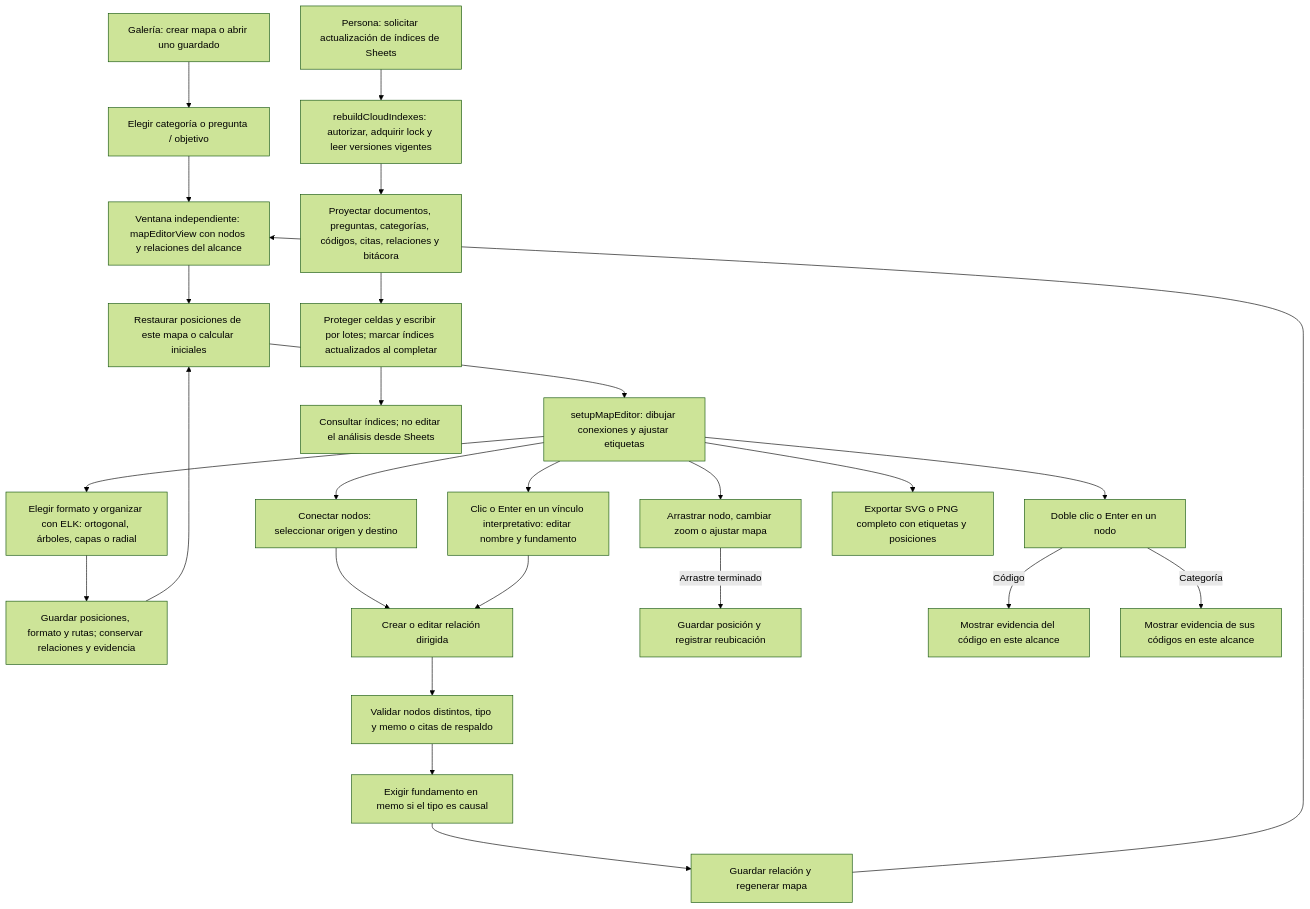
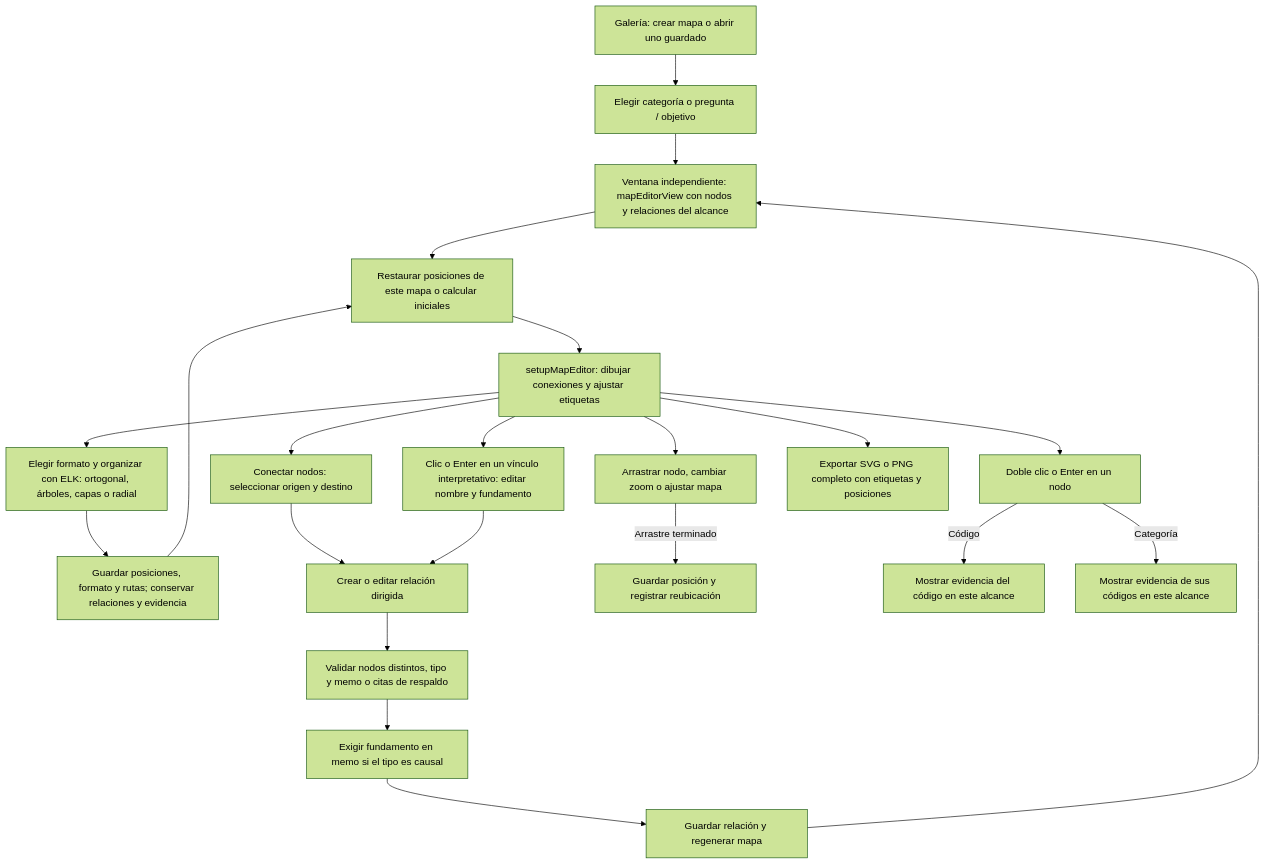
One commit to estebancofre-coy/trama-cualitativa changed the fifth of 7 diagrams in README.md. Above: the diagram before and after it, drawn with Mermaid (forest theme). The commit also changed other lines of this file and 15 other files, not shown here.

````diff
--- a/README.md
+++ b/README.md
@@ -349,28 +315,24 @@
 ```mermaid
 flowchart TD
 	A["Galería: crear mapa o abrir uno guardado"] --> SCOPE["Elegir categoría o pregunta / objetivo"]
 	SCOPE --> B["Ventana independiente: mapEditorView con nodos y relaciones del alcance"]
 	B --> C["Restaurar posiciones de este mapa o calcular iniciales"]
 	C --> D["setupMapEditor: dibujar conexiones y ajustar etiquetas"]
 	D --> E["Arrastrar nodo, cambiar zoom o ajustar mapa"]
 	D --> ELK["Elegir formato y organizar con ELK: ortogonal, árboles, capas o radial"]
 	ELK --> SAVE["Guardar posiciones, formato y rutas; conservar relaciones y evidencia"]
 	SAVE --> C
 	D --> CONNECT["Conectar nodos: seleccionar origen y destino"]
 	CONNECT --> J
 	D --> EDIT["Clic o Enter en un vínculo interpretativo: editar nombre y fundamento"]
 	EDIT --> J
 	E -->|Arrastre terminado| F["Guardar posición y registrar reubicación"]
 	D --> G["Doble clic o Enter en un nodo"]
 	G -->|Código| H["Mostrar evidencia del código en este alcance"]
 	G -->|Categoría| I["Mostrar evidencia de sus códigos en este alcance"]
 	J["Crear o editar relación dirigida"] --> K["Validar nodos distintos, tipo y memo o citas de respaldo"]
 	K --> L["Exigir fundamento en memo si el tipo es causal"]
 	L --> M["Guardar relación y regenerar mapa"]
 	M --> B
 	D --> N["Exportar SVG o PNG completo con etiquetas y posiciones"]
-	O["Persona: solicitar actualización de índices de Sheets"] --> P["rebuildCloudIndexes: autorizar, adquirir lock y leer versiones vigentes"]
-	P --> Q["Proyectar documentos, preguntas, categorías, códigos, citas, relaciones y bitácora"]
-	Q --> R["Proteger celdas y escribir por lotes; marcar índices actualizados al completar"]
-	R --> S["Consultar índices; no editar el análisis desde Sheets"]
 ```
````
